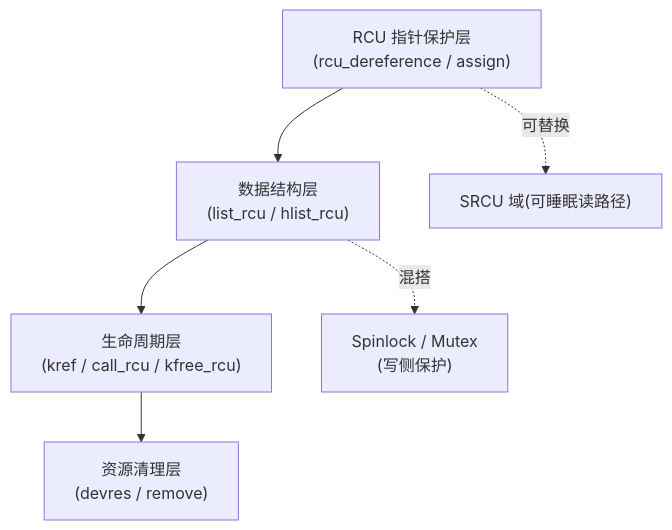
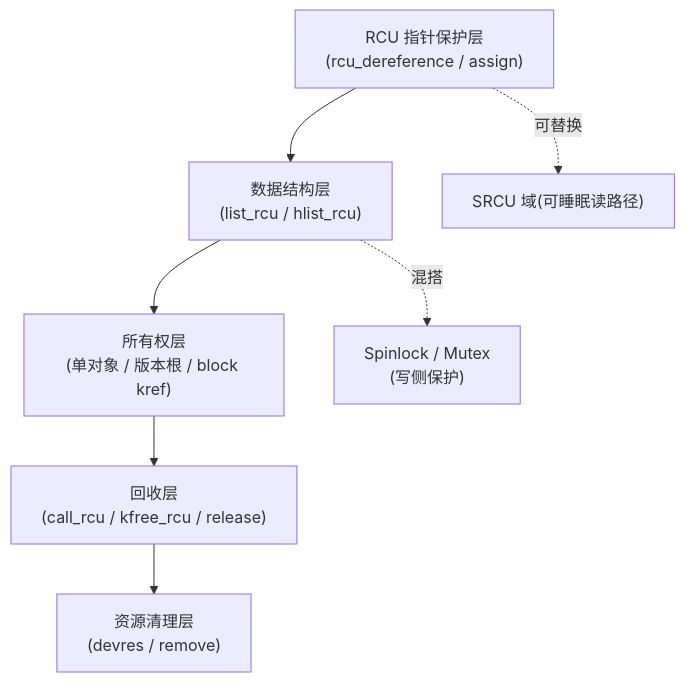
One commit to FormingSystem/linux_note changed the diagram in knowledge/linux/synchronization/rcu/P24_RCU_调试验证与集成误用.md. Above: the diagram before and after it, drawn with Mermaid. The commit also changed other lines of this file and 8 other files, not shown here.

````diff
--- a/knowledge/linux/synchronization/rcu/P24_RCU_调试验证与集成误用.md
+++ b/knowledge/linux/synchronization/rcu/P24_RCU_调试验证与集成误用.md
@@ -126,8 +139,9 @@
 ```mermaid
 flowchart TD
     A["RCU 指针保护层<br/>(rcu_dereference&nbsp;/&nbsp;assign)"] --> B["数据结构层<br/>(list_rcu&nbsp;/&nbsp;hlist_rcu)"]
-    B --> C["生命周期层<br/>(kref&nbsp;/&nbsp;call_rcu&nbsp;/&nbsp;kfree_rcu)"]
-    C --> D["资源清理层<br/>(devres&nbsp;/&nbsp;remove)"]
+    B --> C["所有权层<br/>(单对象&nbsp;/&nbsp;版本根&nbsp;/&nbsp;block kref)"]
+    C --> D["回收层<br/>(call_rcu&nbsp;/&nbsp;kfree_rcu&nbsp;/&nbsp;release)"]
+    D --> E["资源清理层<br/>(devres&nbsp;/&nbsp;remove)"]
     A -. "可替换" .-> A2["SRCU 域(可睡眠读路径)"]
     B -. "混搭" .-> F["Spinlock&nbsp;/&nbsp;Mutex<br/>(写侧保护)"]
 ```
````
